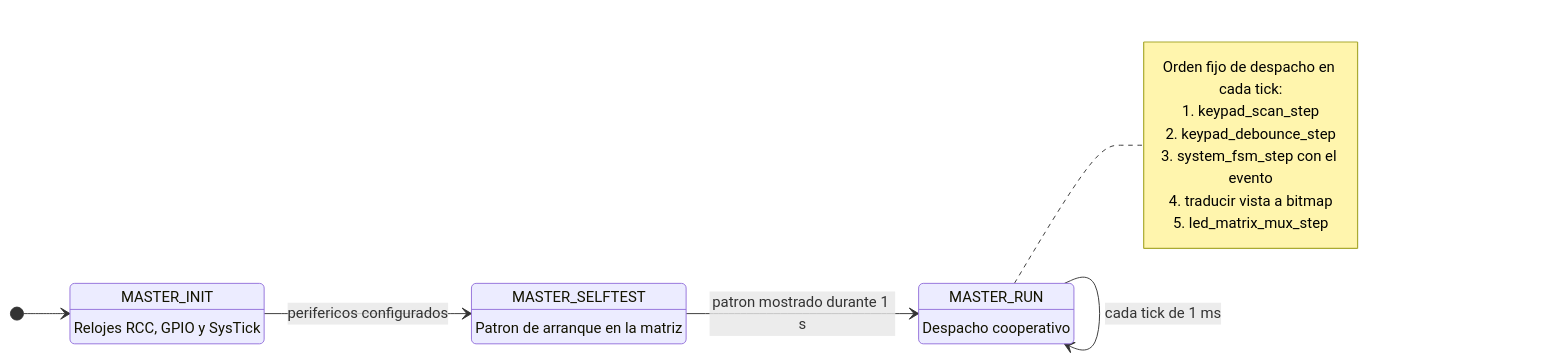
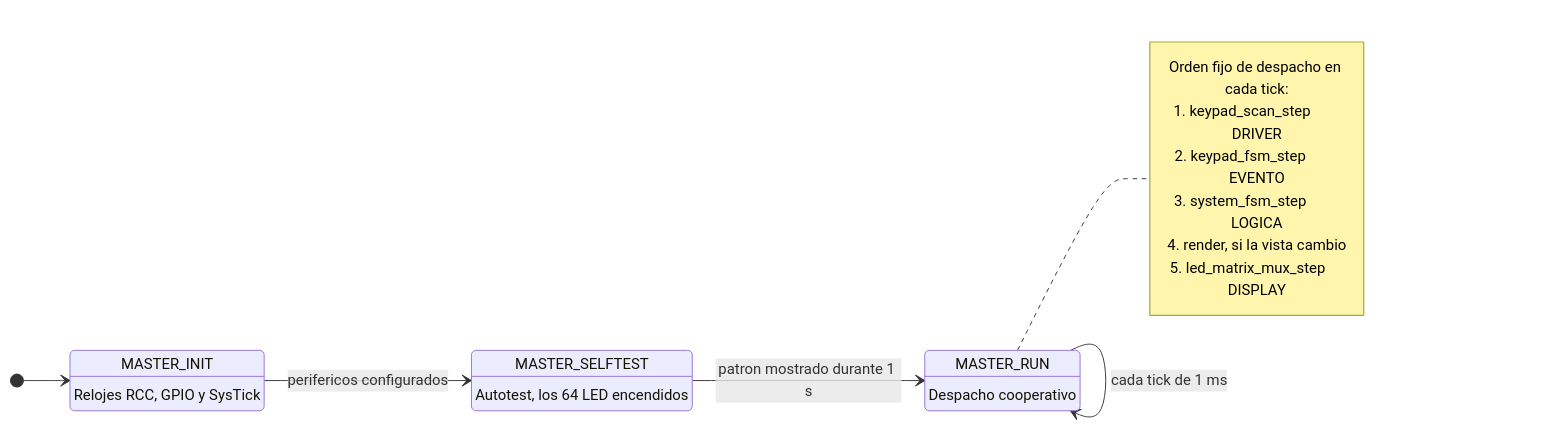
One commit to GildardoRestrepo/Reto_2_C_UPB changed the second of 6 diagrams in _docs/architecture.md. Above: the diagram before and after it, drawn with Mermaid. The commit also changed other lines of this file and 11 other files, not shown here.

````diff
--- a/_docs/architecture.md
+++ b/_docs/architecture.md
@@ -151,25 +146,25 @@
 ```mermaid
 stateDiagram-v2
     direction LR
     [*] --> MASTER_INIT
 
     MASTER_INIT : MASTER_INIT
     MASTER_INIT : Relojes RCC, GPIO y SysTick
     MASTER_SELFTEST : MASTER_SELFTEST
-    MASTER_SELFTEST : Patron de arranque en la matriz
+    MASTER_SELFTEST : Autotest, los 64 LED encendidos
     MASTER_RUN : MASTER_RUN
     MASTER_RUN : Despacho cooperativo
 
     MASTER_INIT --> MASTER_SELFTEST : perifericos configurados
     MASTER_SELFTEST --> MASTER_RUN : patron mostrado durante 1 s
     MASTER_RUN --> MASTER_RUN : cada tick de 1 ms
 
     note right of MASTER_RUN
         Orden fijo de despacho en cada tick:
-        1. keypad_scan_step
-        2. keypad_debounce_step
-        3. system_fsm_step con el evento
-        4. traducir vista a bitmap
-        5. led_matrix_mux_step
+        1. keypad_scan_step        DRIVER
+        2. keypad_fsm_step         EVENTO
+        3. system_fsm_step         LOGICA
+        4. render, si la vista cambio
+        5. led_matrix_mux_step     DISPLAY
     end note
 ```
````
